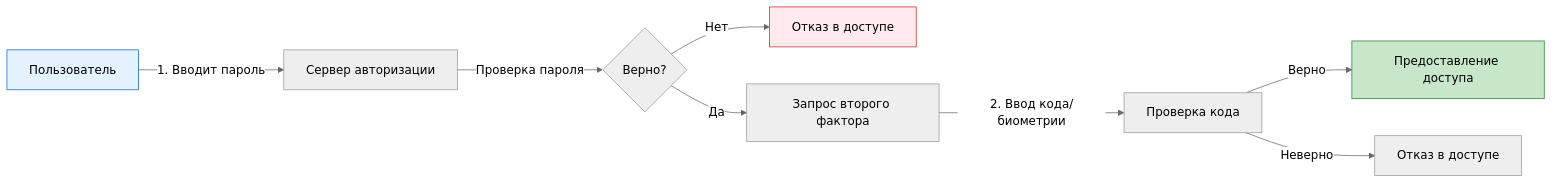
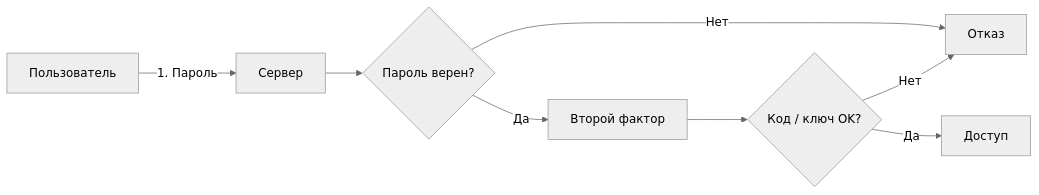
Before and after one commit to Spirzen/it-knowledge-base: the diagram in docs/encyclopedia/8-infra-security/8-01-oblachnye-tehnologii/11.md, drawn with Mermaid (neutral theme). The commit also changed other lines of this file and 1180 other files, not shown here.

````diff
--- a/docs/encyclopedia/8-infra-security/8-01-oblachnye-tehnologii/11.md
+++ b/docs/encyclopedia/8-infra-security/8-01-oblachnye-tehnologii/11.md
@@ -72,14 +75,10 @@
 ```mermaid
 flowchart LR
-    A[Пользователь] -->|1. Вводит пароль| B[Сервер авторизации]
-    B -->|Проверка пароля| C{Верно?}
-    C -- Нет --> D[Отказ в доступе]
-    C -- Да --> E[Запрос второго фактора]
-    E -->|2. Ввод кода/биометрии| F[Проверка кода]
-    F -->|Верно| G[Предоставление доступа]
-    F -->|Неверно| H[Отказ в доступе]
-    
-    style A fill:#e3f2fd,stroke:#1565c0
-    style G fill:#c8e6c9,stroke:#2e7d32
-    style D fill:#ffebee,stroke:#c62828
+    A[Пользователь] -->|1. Пароль| B[Сервер]
+    B --> C{Пароль верен?}
+    C -- Нет --> D[Отказ]
+    C -- Да --> E[Второй фактор]
+    E --> F{Код / ключ OK?}
+    F -- Да --> G[Доступ]
+    F -- Нет --> D
 ```
````
